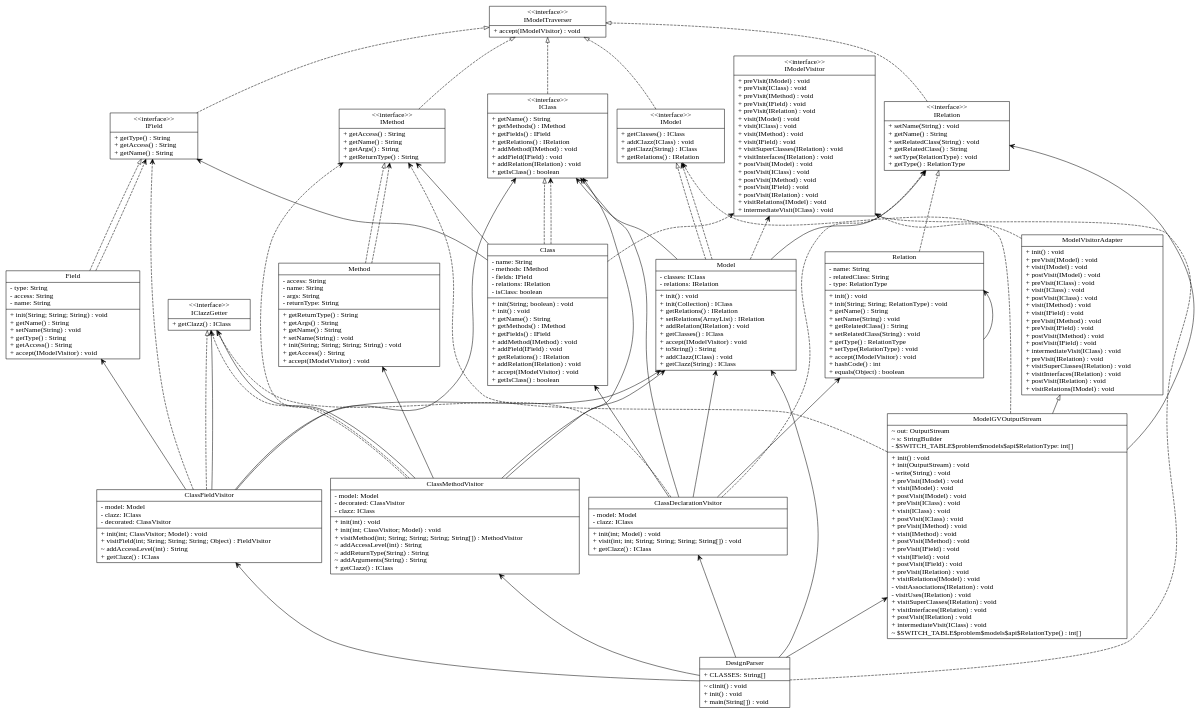
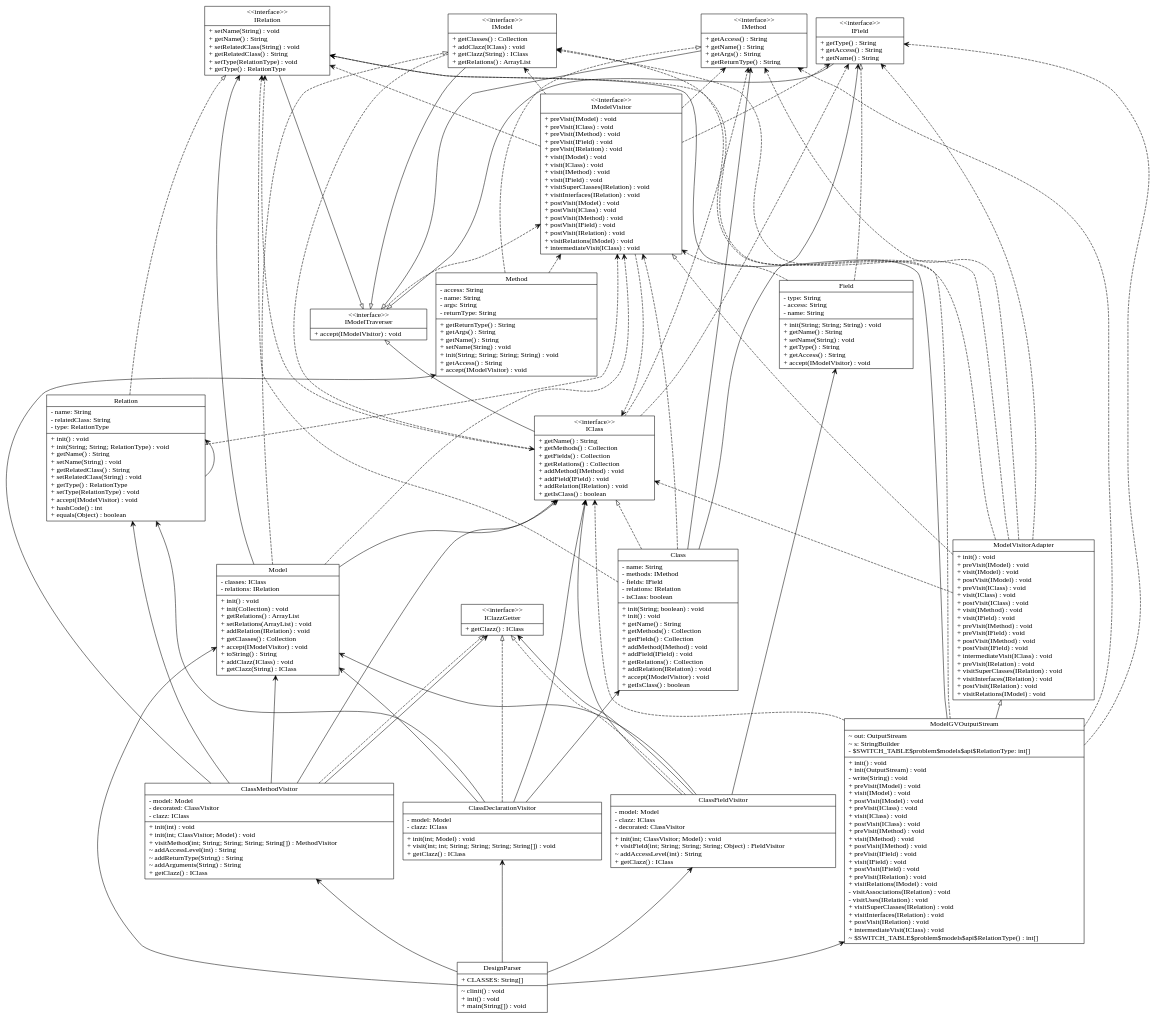
One commit to tpunt3/Csse374 changed the diagram in input_output/model.gv. Above: the diagram before and after it, drawn with Graphviz. The commit also changed 14 other files, not shown here.

```diff
--- a/input_output/model.gv
+++ b/input_output/model.gv
@@ -1,149 +1,163 @@
 digraph model{
 rankdir = BT;
 ClassDeclarationVisitor [
 shape="record",
 label = "{ClassDeclarationVisitor| - model: Model\l- clazz: IClass\l|+ init(int; Model) : void\l+ visit(int; int; String; String; String; String[]) : void\l+ getClazz() : IClass\l}"
 ];
 
 ClassFieldVisitor [
 shape="record",
 label = "{ClassFieldVisitor| - model: Model\l- clazz: IClass\l- decorated: ClassVisitor\l|+ init(int; ClassVisitor; Model) : void\l+ visitField(int; String; String; String; Object) : FieldVisitor\l~ addAccessLevel(int) : String\l+ getClazz() : IClass\l}"
 ];
 
 ClassMethodVisitor [
 shape="record",
 label = "{ClassMethodVisitor| - model: Model\l- decorated: ClassVisitor\l- clazz: IClass\l|+ init(int) : void\l+ init(int; ClassVisitor; Model) : void\l+ visitMethod(int; String; String; String; String[]) : MethodVisitor\l~ addAccessLevel(int) : String\l~ addReturnType(String) : String\l~ addArguments(String) : String\l+ getClazz() : IClass\l}"
 ];
 
 DesignParser [
 shape="record",
 label = "{DesignParser| + CLASSES: String[]\l|~ clinit() : void\l+ init() : void\l+ main(String[]) : void\l}"
 ];
 
 IClazzGetter [
 shape="record",
 label = "{\<\<interface\>\>\nIClazzGetter| + getClazz() : IClass\l}"
 ];
 
 IModelTraverser [
 shape="record",
 label = "{\<\<interface\>\>\nIModelTraverser| + accept(IModelVisitor) : void\l}"
 ];
 
 IModelVisitor [
 shape="record",
 label = "{\<\<interface\>\>\nIModelVisitor| + preVisit(IModel) : void\l+ preVisit(IClass) : void\l+ preVisit(IMethod) : void\l+ preVisit(IField) : void\l+ preVisit(IRelation) : void\l+ visit(IModel) : void\l+ visit(IClass) : void\l+ visit(IMethod) : void\l+ visit(IField) : void\l+ visitSuperClasses(IRelation) : void\l+ visitInterfaces(IRelation) : void\l+ postVisit(IModel) : void\l+ postVisit(IClass) : void\l+ postVisit(IMethod) : void\l+ postVisit(IField) : void\l+ postVisit(IRelation) : void\l+ visitRelations(IModel) : void\l+ intermediateVisit(IClass) : void\l}"
 ];
 
 ModelVisitorAdapter [
 shape="record",
 label = "{ModelVisitorAdapter| + init() : void\l+ preVisit(IModel) : void\l+ visit(IModel) : void\l+ postVisit(IModel) : void\l+ preVisit(IClass) : void\l+ visit(IClass) : void\l+ postVisit(IClass) : void\l+ visit(IMethod) : void\l+ visit(IField) : void\l+ preVisit(IMethod) : void\l+ preVisit(IField) : void\l+ postVisit(IMethod) : void\l+ postVisit(IField) : void\l+ intermediateVisit(IClass) : void\l+ preVisit(IRelation) : void\l+ visitSuperClasses(IRelation) : void\l+ visitInterfaces(IRelation) : void\l+ postVisit(IRelation) : void\l+ visitRelations(IModel) : void\l}"
 ];
 
 IClass [
 shape="record",
-label = "{\<\<interface\>\>\nIClass| + getName() : String\l+ getMethods() : IMethod\l+ getFields() : IField\l+ getRelations() : IRelation\l+ addMethod(IMethod) : void\l+ addField(IField) : void\l+ addRelation(IRelation) : void\l+ getIsClass() : boolean\l}"
+label = "{\<\<interface\>\>\nIClass| + getName() : String\l+ getMethods() : Collection\l+ getFields() : Collection\l+ getRelations() : Collection\l+ addMethod(IMethod) : void\l+ addField(IField) : void\l+ addRelation(IRelation) : void\l+ getIsClass() : boolean\l}"
 ];
 
 IField [
 shape="record",
 label = "{\<\<interface\>\>\nIField| + getType() : String\l+ getAccess() : String\l+ getName() : String\l}"
 ];
 
 IMethod [
 shape="record",
 label = "{\<\<interface\>\>\nIMethod| + getAccess() : String\l+ getName() : String\l+ getArgs() : String\l+ getReturnType() : String\l}"
 ];
 
 IModel [
 shape="record",
-label = "{\<\<interface\>\>\nIModel| + getClasses() : IClass\l+ addClazz(IClass) : void\l+ getClazz(String) : IClass\l+ getRelations() : IRelation\l}"
+label = "{\<\<interface\>\>\nIModel| + getClasses() : Collection\l+ addClazz(IClass) : void\l+ getClazz(String) : IClass\l+ getRelations() : ArrayList\l}"
 ];
 
 IRelation [
 shape="record",
 label = "{\<\<interface\>\>\nIRelation| + setName(String) : void\l+ getName() : String\l+ setRelatedClass(String) : void\l+ getRelatedClass() : String\l+ setType(RelationType) : void\l+ getType() : RelationType\l}"
 ];
 
 Class [
 shape="record",
-label = "{Class| - name: String\l- methods: IMethod\l- fields: IField\l- relations: IRelation\l- isClass: boolean\l|+ init(String; boolean) : void\l+ init() : void\l+ getName() : String\l+ getMethods() : IMethod\l+ getFields() : IField\l+ addMethod(IMethod) : void\l+ addField(IField) : void\l+ getRelations() : IRelation\l+ addRelation(IRelation) : void\l+ accept(IModelVisitor) : void\l+ getIsClass() : boolean\l}"
+label = "{Class| - name: String\l- methods: IMethod\l- fields: IField\l- relations: IRelation\l- isClass: boolean\l|+ init(String; boolean) : void\l+ init() : void\l+ getName() : String\l+ getMethods() : Collection\l+ getFields() : Collection\l+ addMethod(IMethod) : void\l+ addField(IField) : void\l+ getRelations() : Collection\l+ addRelation(IRelation) : void\l+ accept(IModelVisitor) : void\l+ getIsClass() : boolean\l}"
 ];
 
 Field [
 shape="record",
 label = "{Field| - type: String\l- access: String\l- name: String\l|+ init(String; String; String) : void\l+ getName() : String\l+ setName(String) : void\l+ getType() : String\l+ getAccess() : String\l+ accept(IModelVisitor) : void\l}"
 ];
 
 Method [
 shape="record",
 label = "{Method| - access: String\l- name: String\l- args: String\l- returnType: String\l|+ getReturnType() : String\l+ getArgs() : String\l+ getName() : String\l+ setName(String) : void\l+ init(String; String; String; String) : void\l+ getAccess() : String\l+ accept(IModelVisitor) : void\l}"
 ];
 
 Model [
 shape="record",
-label = "{Model| - classes: IClass\l- relations: IRelation\l|+ init() : void\l+ init(Collection) : IClass\l+ getRelations() : IRelation\l+ setRelations(ArrayList) : IRelation\l+ addRelation(IRelation) : void\l+ getClasses() : IClass\l+ accept(IModelVisitor) : void\l+ toString() : String\l+ addClazz(IClass) : void\l+ getClazz(String) : IClass\l}"
+label = "{Model| - classes: IClass\l- relations: IRelation\l|+ init() : void\l+ init(Collection) : void\l+ getRelations() : ArrayList\l+ setRelations(ArrayList) : void\l+ addRelation(IRelation) : void\l+ getClasses() : Collection\l+ accept(IModelVisitor) : void\l+ toString() : String\l+ addClazz(IClass) : void\l+ getClazz(String) : IClass\l}"
 ];
 
 ModelGVOutputStream [
 shape="record",
 label = "{ModelGVOutputStream| ~ out: OutputStream\l~ s: StringBuilder\l- $SWITCH_TABLE$problem$models$api$RelationType: int[]\l|+ init() : void\l+ init(OutputStream) : void\l- write(String) : void\l+ preVisit(IModel) : void\l+ visit(IModel) : void\l+ postVisit(IModel) : void\l+ preVisit(IClass) : void\l+ visit(IClass) : void\l+ postVisit(IClass) : void\l+ preVisit(IMethod) : void\l+ visit(IMethod) : void\l+ postVisit(IMethod) : void\l+ preVisit(IField) : void\l+ visit(IField) : void\l+ postVisit(IField) : void\l+ preVisit(IRelation) : void\l+ visitRelations(IModel) : void\l- visitAssociations(IRelation) : void\l- visitUses(IRelation) : void\l+ visitSuperClasses(IRelation) : void\l+ visitInterfaces(IRelation) : void\l+ postVisit(IRelation) : void\l+ intermediateVisit(IClass) : void\l~ $SWITCH_TABLE$problem$models$api$RelationType() : int[]\l}"
 ];
 
 Relation [
 shape="record",
 label = "{Relation| - name: String\l- relatedClass: String\l- type: RelationType\l|+ init() : void\l+ init(String; String; RelationType) : void\l+ getName() : String\l+ setName(String) : void\l+ getRelatedClass() : String\l+ setRelatedClass(String) : void\l+ getType() : RelationType\l+ setType(RelationType) : void\l+ accept(IModelVisitor) : void\l+ hashCode() : int\l+ equals(Object) : boolean\l}"
 ];
 
 //writing relations between classes now
 ClassDeclarationVisitor -> IClazzGetter [arrowhead = "empty", style = "dashed"];
 ClassDeclarationVisitor -> Model [arrowhead = "vee"];
 ClassDeclarationVisitor -> Class [arrowhead = "vee"];
 ClassDeclarationVisitor -> IClass [arrowhead = "vee"];
 ClassDeclarationVisitor -> Relation [arrowhead = "vee"];
-ClassDeclarationVisitor -> IRelation [arrowhead = "vee", style = "dashed"];
 ClassFieldVisitor -> IClazzGetter [arrowhead = "empty", style = "dashed"];
 ClassFieldVisitor -> Model [arrowhead = "vee"];
 ClassFieldVisitor -> IClass [arrowhead = "vee"];
 ClassFieldVisitor -> Field [arrowhead = "vee"];
-ClassFieldVisitor -> IField [arrowhead = "vee", style = "dashed"];
 ClassFieldVisitor -> IClazzGetter [arrowhead = "vee"];
 ClassMethodVisitor -> IClazzGetter [arrowhead = "empty", style = "dashed"];
 ClassMethodVisitor -> IClass [arrowhead = "vee"];
 ClassMethodVisitor -> Model [arrowhead = "vee"];
+ClassMethodVisitor -> Relation [arrowhead = "vee"];
 ClassMethodVisitor -> Method [arrowhead = "vee"];
-ClassMethodVisitor -> IMethod [arrowhead = "vee", style = "dashed"];
 ClassMethodVisitor -> IClazzGetter [arrowhead = "vee"];
 DesignParser -> Model [arrowhead = "vee"];
 DesignParser -> ClassDeclarationVisitor [arrowhead = "vee"];
 DesignParser -> ClassFieldVisitor [arrowhead = "vee"];
 DesignParser -> ClassMethodVisitor [arrowhead = "vee"];
 DesignParser -> ModelGVOutputStream [arrowhead = "vee"];
-DesignParser -> IModelVisitor [arrowhead = "vee", style = "dashed"];
+IModelTraverser -> IModelVisitor [arrowhead = "vee", style = "dashed"];
+IModelVisitor -> IModel [arrowhead = "vee", style = "dashed"];
+IModelVisitor -> IClass [arrowhead = "vee", style = "dashed"];
+IModelVisitor -> IMethod [arrowhead = "vee", style = "dashed"];
+IModelVisitor -> IField [arrowhead = "vee", style = "dashed"];
+IModelVisitor -> IRelation [arrowhead = "vee", style = "dashed"];
 ModelVisitorAdapter -> IModelVisitor [arrowhead = "empty", style = "dashed"];
-IClass -> IModelTraverser [arrowhead = "empty", style = "dashed"];
-IField -> IModelTraverser [arrowhead = "empty", style = "dashed"];
-IMethod -> IModelTraverser [arrowhead = "empty", style = "dashed"];
-IModel -> IModelTraverser [arrowhead = "empty", style = "dashed"];
-IRelation -> IModelTraverser [arrowhead = "empty", style = "dashed"];
+ModelVisitorAdapter -> IModel [arrowhead = "vee", style = "dashed"];
+ModelVisitorAdapter -> IClass [arrowhead = "vee", style = "dashed"];
+ModelVisitorAdapter -> IMethod [arrowhead = "vee", style = "dashed"];
+ModelVisitorAdapter -> IField [arrowhead = "vee", style = "dashed"];
+ModelVisitorAdapter -> IRelation [arrowhead = "vee", style = "dashed"];
+IClass -> IModelTraverser [arrowhead = "empty"];
+IClass -> IMethod [arrowhead = "vee", style = "dashed"];
+IClass -> IField [arrowhead = "vee", style = "dashed"];
+IClass -> IRelation [arrowhead = "vee", style = "dashed"];
+IField -> IModelTraverser [arrowhead = "empty"];
+IMethod -> IModelTraverser [arrowhead = "empty"];
+IModel -> IModelTraverser [arrowhead = "empty"];
+IModel -> IClass [arrowhead = "vee", style = "dashed"];
+IRelation -> IModelTraverser [arrowhead = "empty"];
 Class -> IClass [arrowhead = "empty", style = "dashed"];
-Class -> IClass [arrowhead = "vee", style = "dashed"];
+Class -> IRelation [arrowhead = "vee", style = "dashed"];
+Class -> IModelVisitor [arrowhead = "vee", style = "dashed"];
 Class -> IField [arrowhead = "vee"];
-Class -> IModelVisitor [arrowhead = "vee", style = "dashed"];
 Class -> IMethod [arrowhead = "vee"];
 Field -> IField [arrowhead = "empty", style = "dashed"];
-Field -> IField [arrowhead = "vee", style = "dashed"];
+Field -> IModelVisitor [arrowhead = "vee", style = "dashed"];
 Method -> IMethod [arrowhead = "empty", style = "dashed"];
-Method -> IMethod [arrowhead = "vee", style = "dashed"];
+Method -> IModelVisitor [arrowhead = "vee", style = "dashed"];
 Model -> IModel [arrowhead = "empty", style = "dashed"];
 Model -> IRelation [arrowhead = "vee"];
-Model -> IModel [arrowhead = "vee", style = "dashed"];
+Model -> IModelVisitor [arrowhead = "vee", style = "dashed"];
 Model -> IClass [arrowhead = "vee"];
-Model -> IModelVisitor [arrowhead = "vee", style = "dashed"];
 ModelGVOutputStream -> ModelVisitorAdapter [arrowhead = "empty"];
 ModelGVOutputStream -> IModel [arrowhead = "vee", style = "dashed"];
+ModelGVOutputStream -> IClass [arrowhead = "vee", style = "dashed"];
 ModelGVOutputStream -> IMethod [arrowhead = "vee", style = "dashed"];
+ModelGVOutputStream -> IField [arrowhead = "vee", style = "dashed"];
 ModelGVOutputStream -> IRelation [arrowhead = "vee"];
 Relation -> IRelation [arrowhead = "empty", style = "dashed"];
+Relation -> IModelVisitor [arrowhead = "vee", style = "dashed"];
 Relation -> Relation [arrowhead = "vee"];
 }
```
